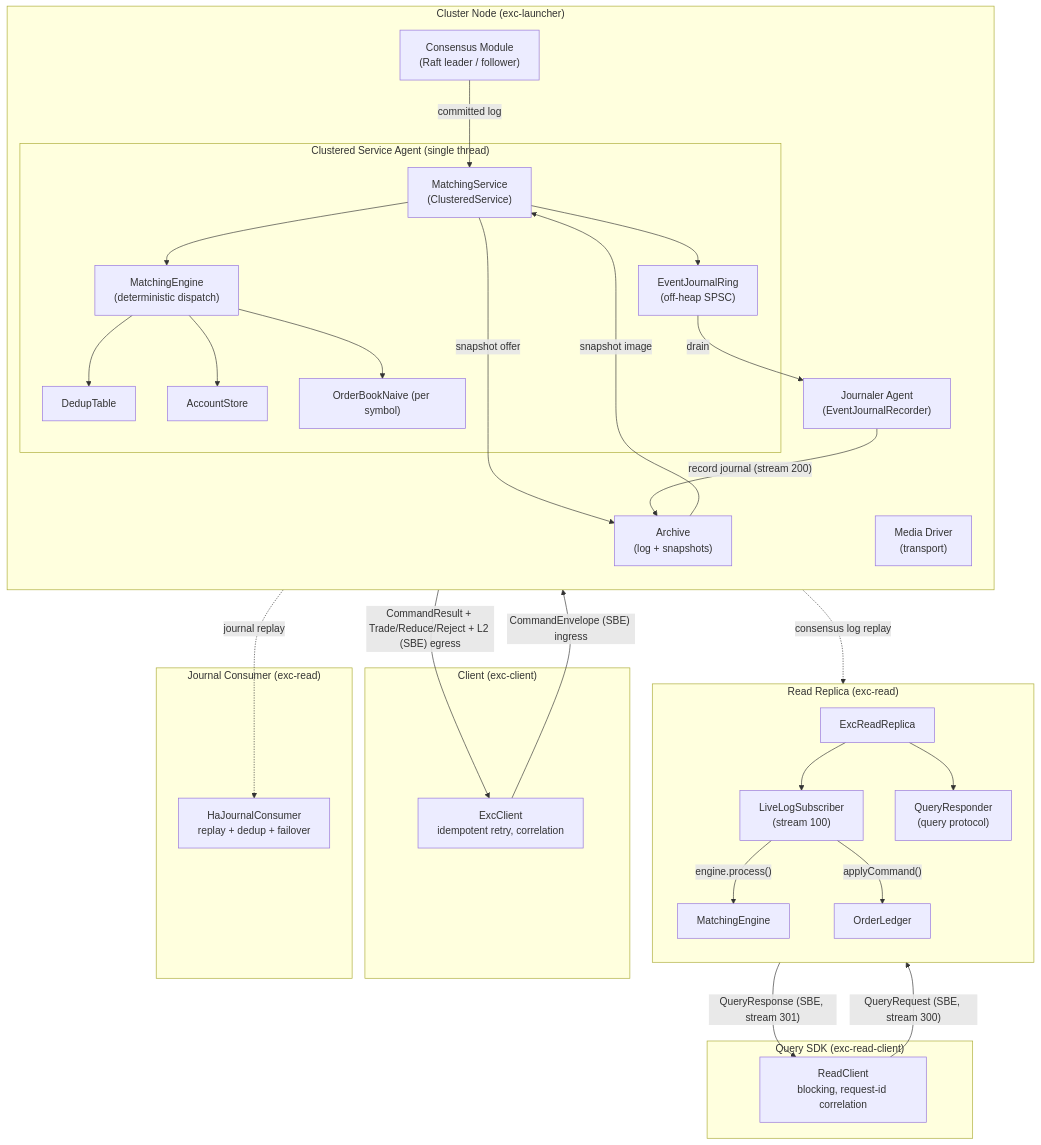
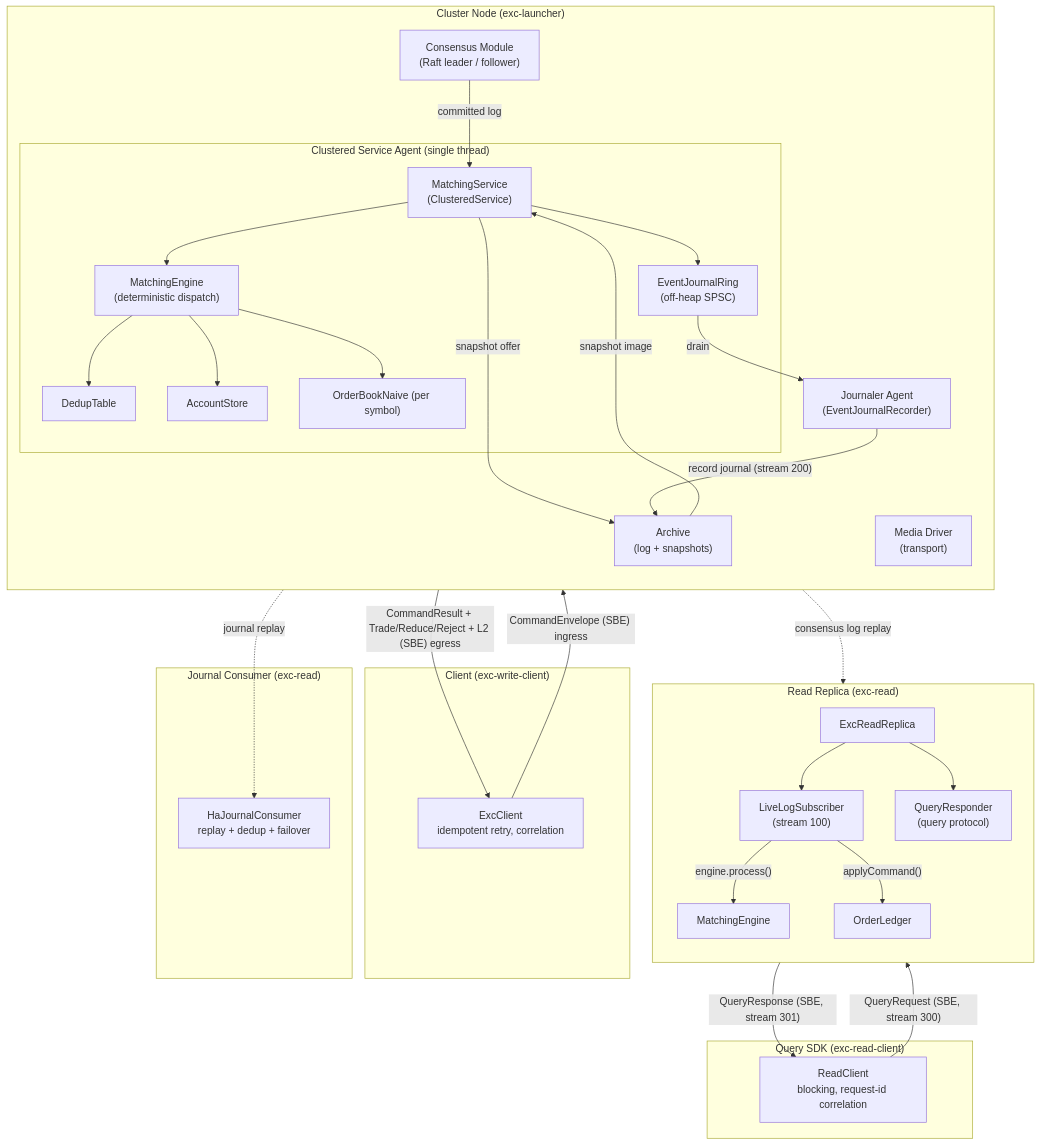
Before and after one commit to brianpht/excoredum: the first of 7 diagrams in docs/ARCHITECTURE.md, drawn with Mermaid. The commit also changed other lines of this file and 60 other files, not shown here.

First line of the commit message:
feat: Introduce write client module with order book and event listeners

````diff
--- a/docs/ARCHITECTURE.md
+++ b/docs/ARCHITECTURE.md
@@ -183,60 +183,60 @@
 ```mermaid
 flowchart TB
-    subgraph CLIENTSIDE["Client (exc-client)"]
+    subgraph CLIENTSIDE["Client (exc-write-client)"]
         CLIENT["ExcClient\nidempotent retry, correlation"]
     end
 
     subgraph NODE["Cluster Node (exc-launcher)"]
         direction TB
         MD["Media Driver\n(transport)"]
         CM["Consensus Module\n(Raft leader / follower)"]
         AR["Archive\n(log + snapshots)"]
         subgraph SC["Clustered Service Agent (single thread)"]
             MS["MatchingService\n(ClusteredService)"]
             ME["MatchingEngine\n(deterministic dispatch)"]
             DT["DedupTable"]
             AC["AccountStore"]
             OB["OrderBookNaive (per symbol)"]
             RING["EventJournalRing\n(off-heap SPSC)"]
             MS --> ME
             ME --> DT
             ME --> AC
             ME --> OB
             MS --> RING
         end
         JR["Journaler Agent\n(EventJournalRecorder)"]
         CM -->|" committed log "| MS
         MS -->|" snapshot offer "| AR
         AR -->|" snapshot image "| MS
         RING -->|" drain "| JR
         JR -->|" record journal (stream 200) "| AR
     end
 
     subgraph JCON["Journal Consumer (exc-read)"]
         HJC["HaJournalConsumer\nreplay + dedup + failover"]
     end
 
     subgraph READ["Read Replica (exc-read)"]
         direction TB
         RR["ExcReadReplica"]
         LLS["LiveLogSubscriber\n(stream 100)"]
         ME2["MatchingEngine"]
         LED["OrderLedger"]
         QR["QueryResponder\n(query protocol)"]
         LLS -->|" engine.process() "| ME2
         LLS -->|" applyCommand() "| LED
         RR --> LLS
         RR --> QR
     end
 
     subgraph READCLIENT["Query SDK (exc-read-client)"]
         RC["ReadClient\nblocking, request-id correlation"]
     end
 
     CLIENT -->|" CommandEnvelope (SBE) ingress "| CM
     MS -->|" CommandResult + Trade/Reduce/Reject + L2 (SBE) egress "| CLIENT
     AR -.->|" consensus log replay "| LLS
     AR -.->|" journal replay "| HJC
     RC -->|" QueryRequest (SBE, stream 300) "| QR
     QR -->|" QueryResponse (SBE, stream 301) "| RC
 ```
````
